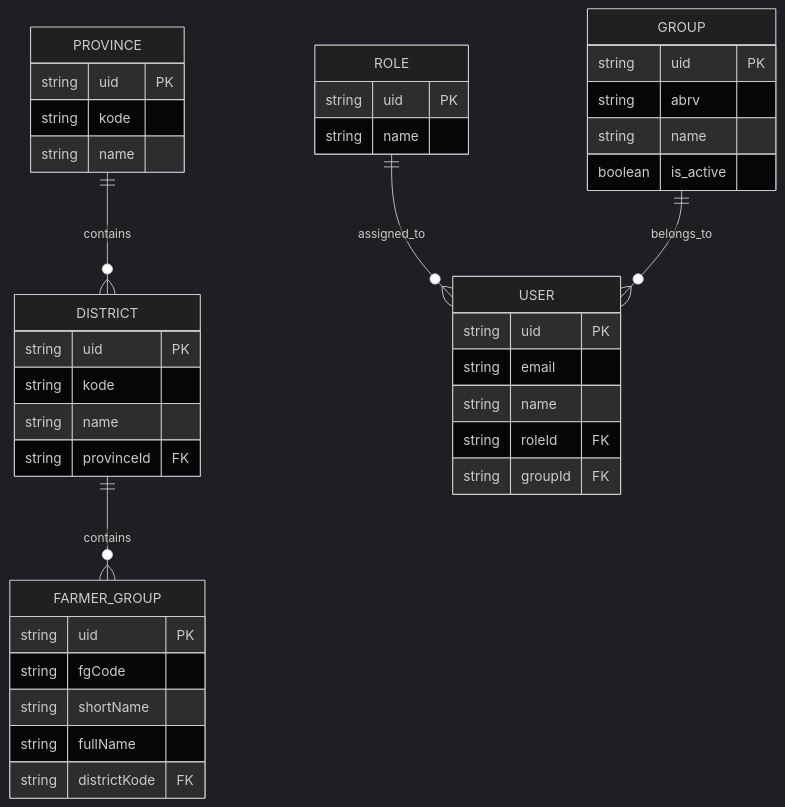
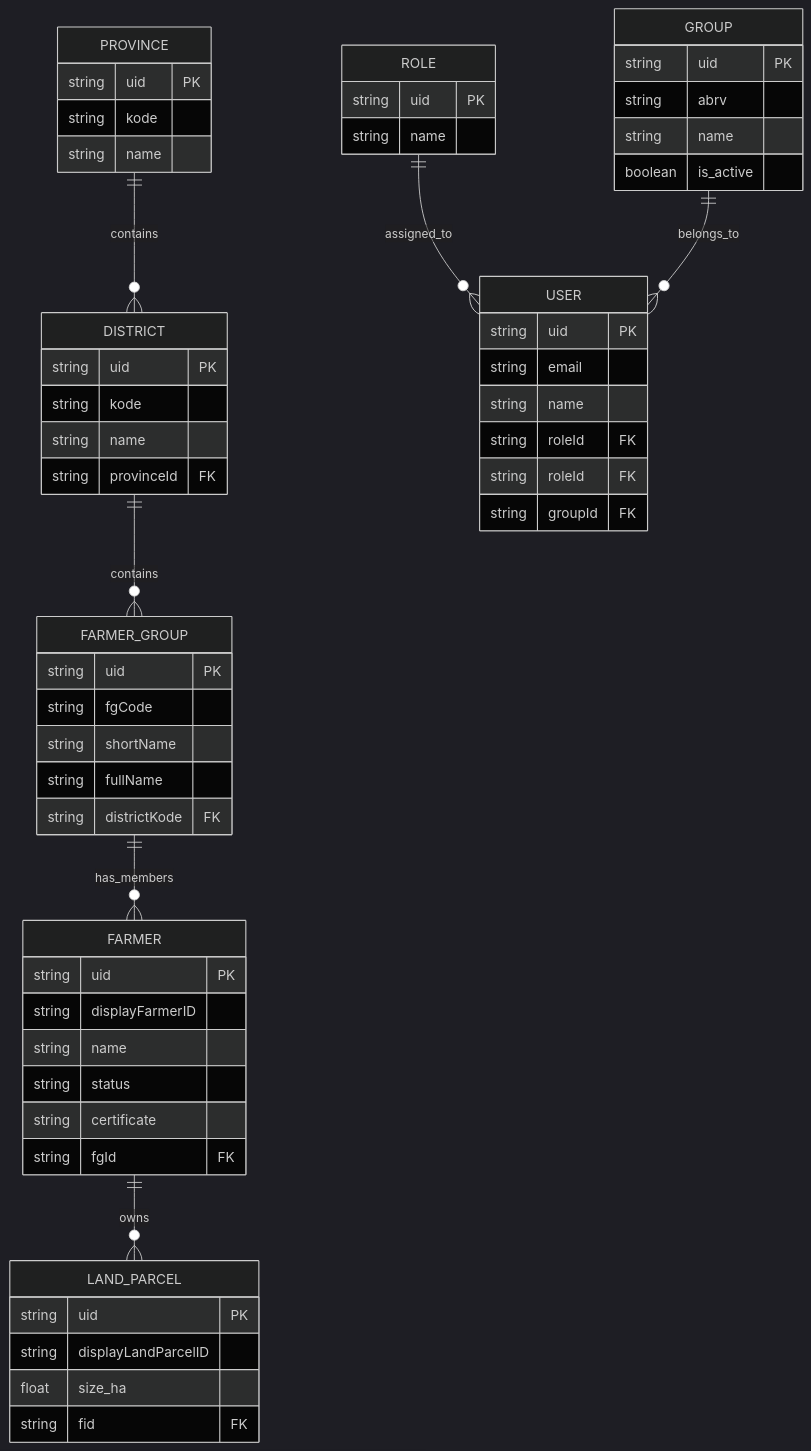
The diagram in docs/database-schema.md (newlighteagle/sh-mis), drawn with Mermaid (dark theme) before and after one commit. The commit also changed other lines of this file and 27 other files, not shown here.

````diff
--- a/docs/database-schema.md
+++ b/docs/database-schema.md
@@ -58,48 +81,67 @@
 ```mermaid
 erDiagram
     PROVINCE ||--o{ DISTRICT : contains
     DISTRICT ||--o{ FARMER_GROUP : contains
     ROLE ||--o{ USER : assigned_to
     GROUP ||--o{ USER : belongs_to
+    FARMER_GROUP ||--o{ FARMER : has_members
+    FARMER ||--o{ LAND_PARCEL : owns
 
     PROVINCE {
         string uid PK
         string kode
         string name
     }
 
     DISTRICT {
         string uid PK
         string kode
         string name
         string provinceId FK
     }
 
     FARMER_GROUP {
         string uid PK
         string fgCode
         string shortName
         string fullName
         string districtKode FK
     }
 
     GROUP {
         string uid PK
         string abrv
         string name
         boolean is_active
     }
 
     ROLE {
         string uid PK
         string name
     }
 
     USER {
         string uid PK
         string email
         string name
         string roleId FK
+        string roleId FK
         string groupId FK
     }
+
+    FARMER {
+        string uid PK
+        string displayFarmerID
+        string name
+        string status
+        string certificate
+        string fgId FK
+    }
+
+    LAND_PARCEL {
+        string uid PK
+        string displayLandParcelID
+        float size_ha
+        string fid FK
+    }
 ```
````
